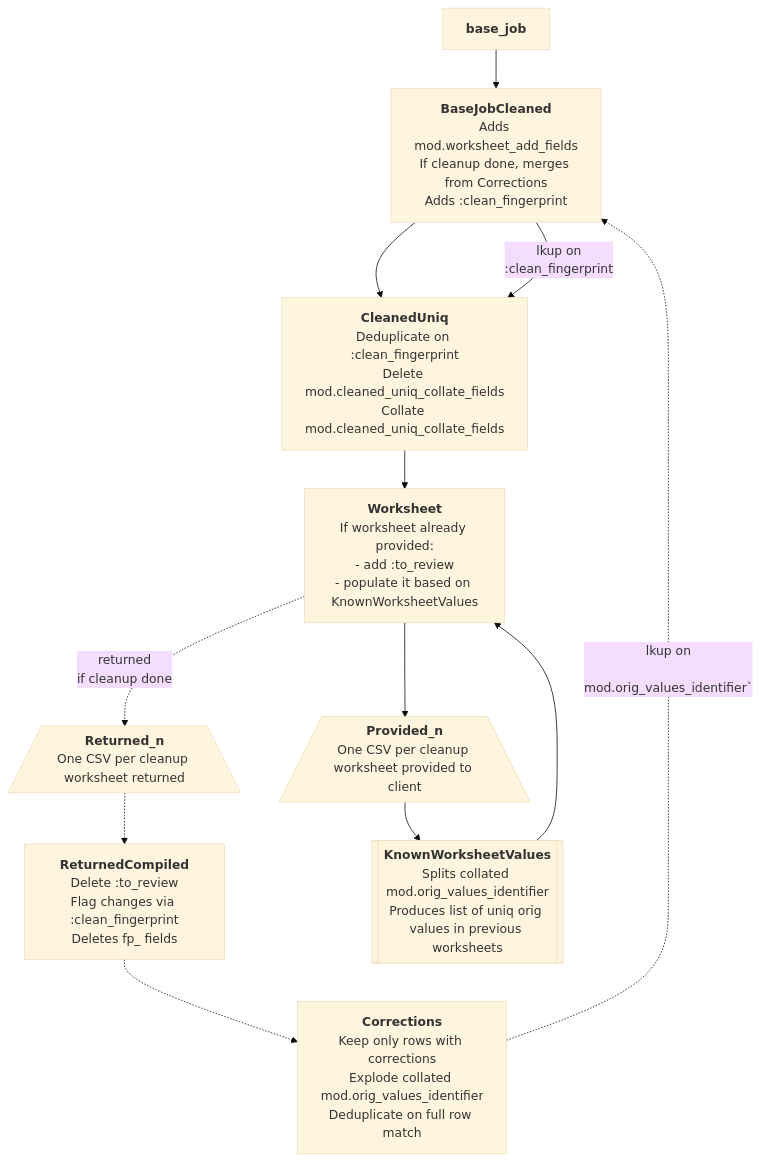
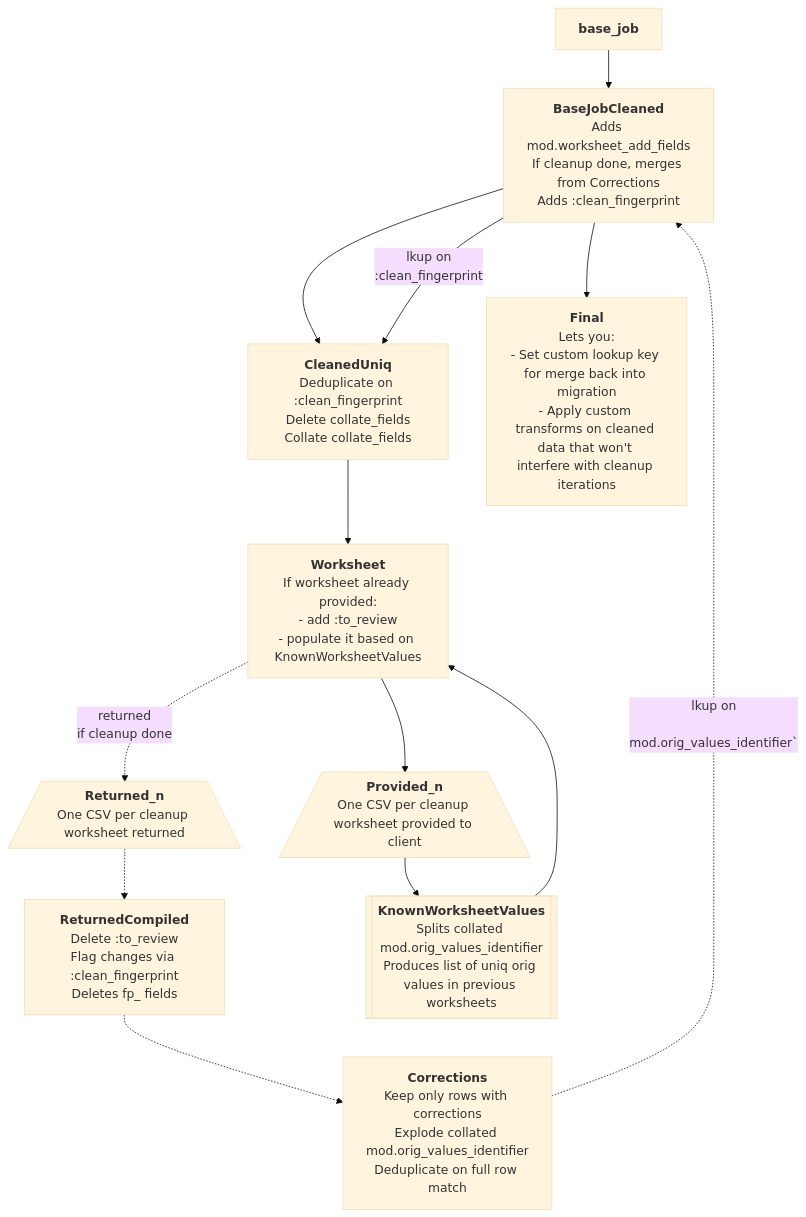
The diagram in doc/iterative_cleanup_flowchart.mmd (lyrasis/kiba-extend), drawn with Mermaid (base theme) before and after one commit. The commit also changed 4 other files, not shown here.

```diff
--- a/doc/iterative_cleanup_flowchart.mmd
+++ b/doc/iterative_cleanup_flowchart.mmd
@@ -1,68 +1,76 @@
 graph TD;
     base_job["`**base_job**`"]
 
     BaseJobCleaned["`**BaseJobCleaned**
     Adds mod.worksheet_add_fields
     If cleanup done, merges from Corrections
     Adds :clean_fingerprint`"]
 
     CleanedUniq["`**CleanedUniq**
     Deduplicate on :clean_fingerprint
-    Delete mod.cleaned_uniq_collate_fields
-    Collate mod.cleaned_uniq_collate_fields`"]
+    Delete collate_fields
+    Collate collate_fields`"]
 
     Worksheet["`**Worksheet**
     If worksheet already provided:
     - add :to_review
     - populate it based on KnownWorksheetValues`"]
 
     Returned[/"`**Returned_n**
     One CSV per cleanup worksheet returned`"\]
 
     Provided[/"`**Provided_n**
     One CSV per cleanup worksheet provided to client`"\]
 
     ReturnedCompiled["`**ReturnedCompiled**
     Delete :to_review
     Flag changes via :clean_fingerprint
     Deletes fp_ fields`"]
 
     KnownWorksheetValues[["`**KnownWorksheetValues**
     Splits collated mod.orig_values_identifier
     Produces list of uniq orig values in previous worksheets`"]]
 
     Corrections["`**Corrections**
     Keep only rows with corrections
     Explode collated mod.orig_values_identifier
     Deduplicate on full row match`"]
+
+    Final["`**Final**
+    Lets you:
+    - Set custom lookup key for merge back into migration
+    - Apply custom transforms on cleaned data that won't interfere with cleanup iterations`"
+    ]
 
     base_job-->BaseJobCleaned;
 
     Corrections-.
     "lkup on
     mod.orig_values_identifier`" .->
     BaseJobCleaned;
 
     BaseJobCleaned-->CleanedUniq;
 
     BaseJobCleaned--
     "`lkup on
     :clean_fingerprint`" -->
     CleanedUniq;
 
     CleanedUniq-->Worksheet;
 
     Worksheet-.
     "`returned
     if cleanup done`" .->
     Returned;
 
     Returned-.->ReturnedCompiled;
 
     ReturnedCompiled-.->Corrections;
 
     Worksheet-->Provided;
 
     Provided-->KnownWorksheetValues;
 
     KnownWorksheetValues-->Worksheet;
+
+    BaseJobCleaned-->Final;
```
